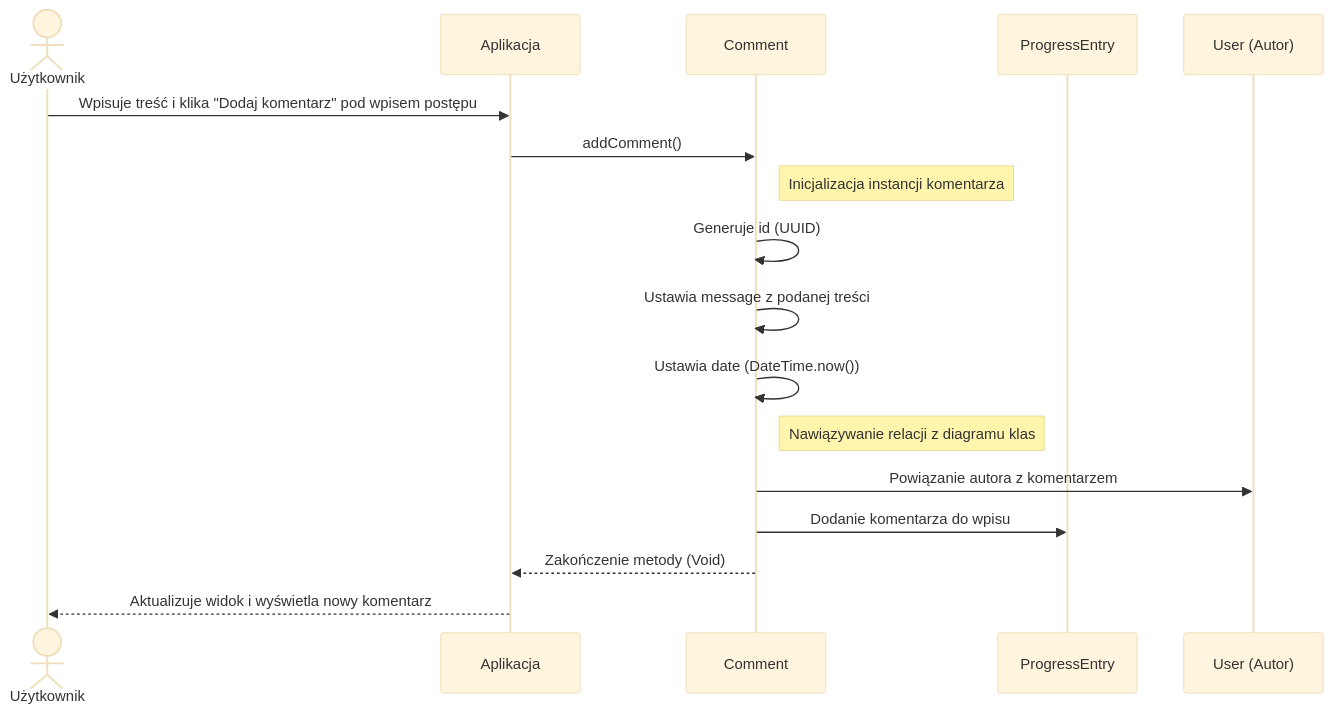
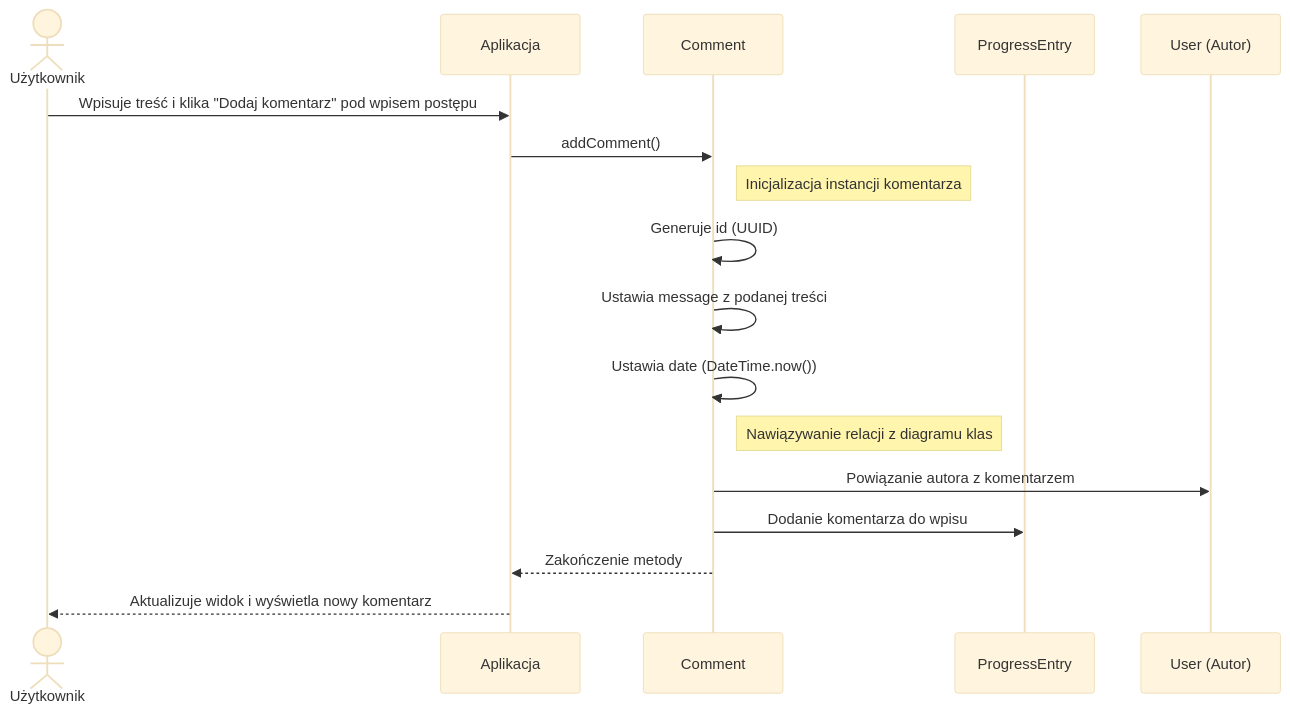
Before and after one commit to Tarnuchy/EggJob: the diagram in docs/zadanie4/diagramy sekwencji/dodawanie-komentarza.md, drawn with Mermaid (base theme). The commit also changed 3 other files, not shown here.

````diff
--- a/docs/zadanie4/diagramy sekwencji/dodawanie-komentarza.md
+++ b/docs/zadanie4/diagramy sekwencji/dodawanie-komentarza.md
@@ -3,23 +3,23 @@
 ```mermaid
 sequenceDiagram
     actor U as Użytkownik
     participant UI as Aplikacja
     participant Com as Comment
     participant PE as ProgressEntry
     participant Usr as User (Autor)
 
     U->>UI: Wpisuje treść i klika "Dodaj komentarz" pod wpisem postępu
     UI->>Com: addComment()
 
     note right of Com: Inicjalizacja instancji komentarza
     Com->>Com: Generuje id (UUID)
     Com->>Com: Ustawia message z podanej treści
     Com->>Com: Ustawia date (DateTime.now())
 
     note right of Com: Nawiązywanie relacji z diagramu klas
     Com->>Usr: Powiązanie autora z komentarzem
     Com->>PE: Dodanie komentarza do wpisu
 
-    Com-->>UI: Zakończenie metody (Void)
+    Com-->>UI: Zakończenie metody
     UI-->>U: Aktualizuje widok i wyświetla nowy komentarz
 ```
````
